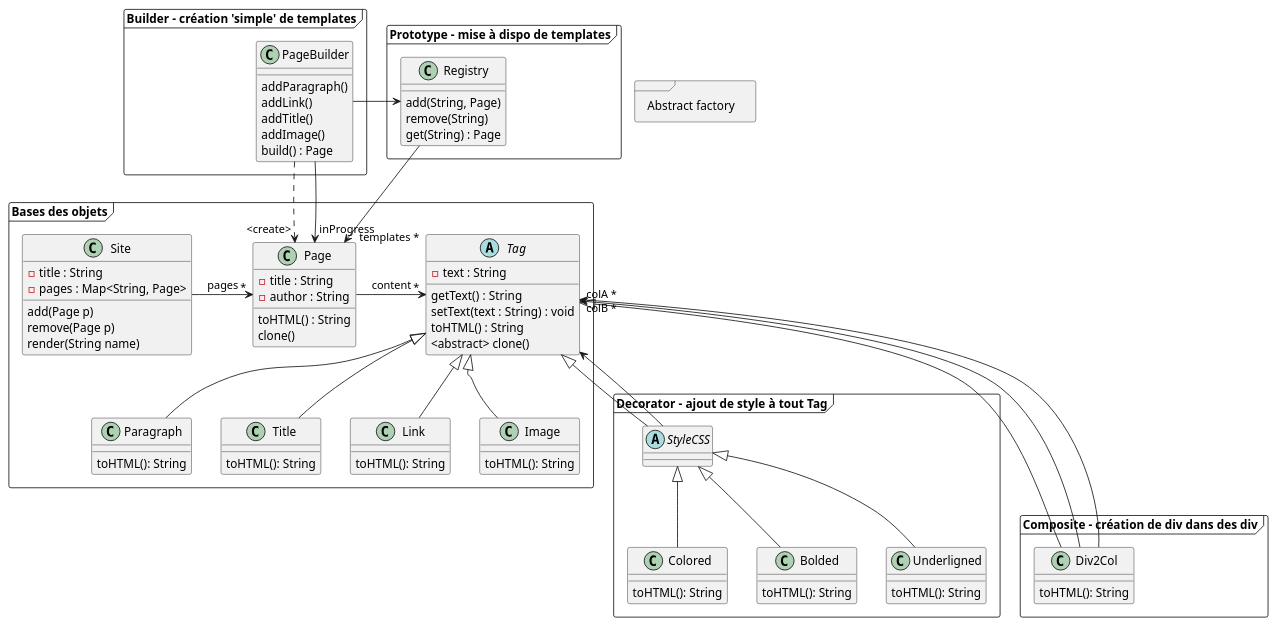
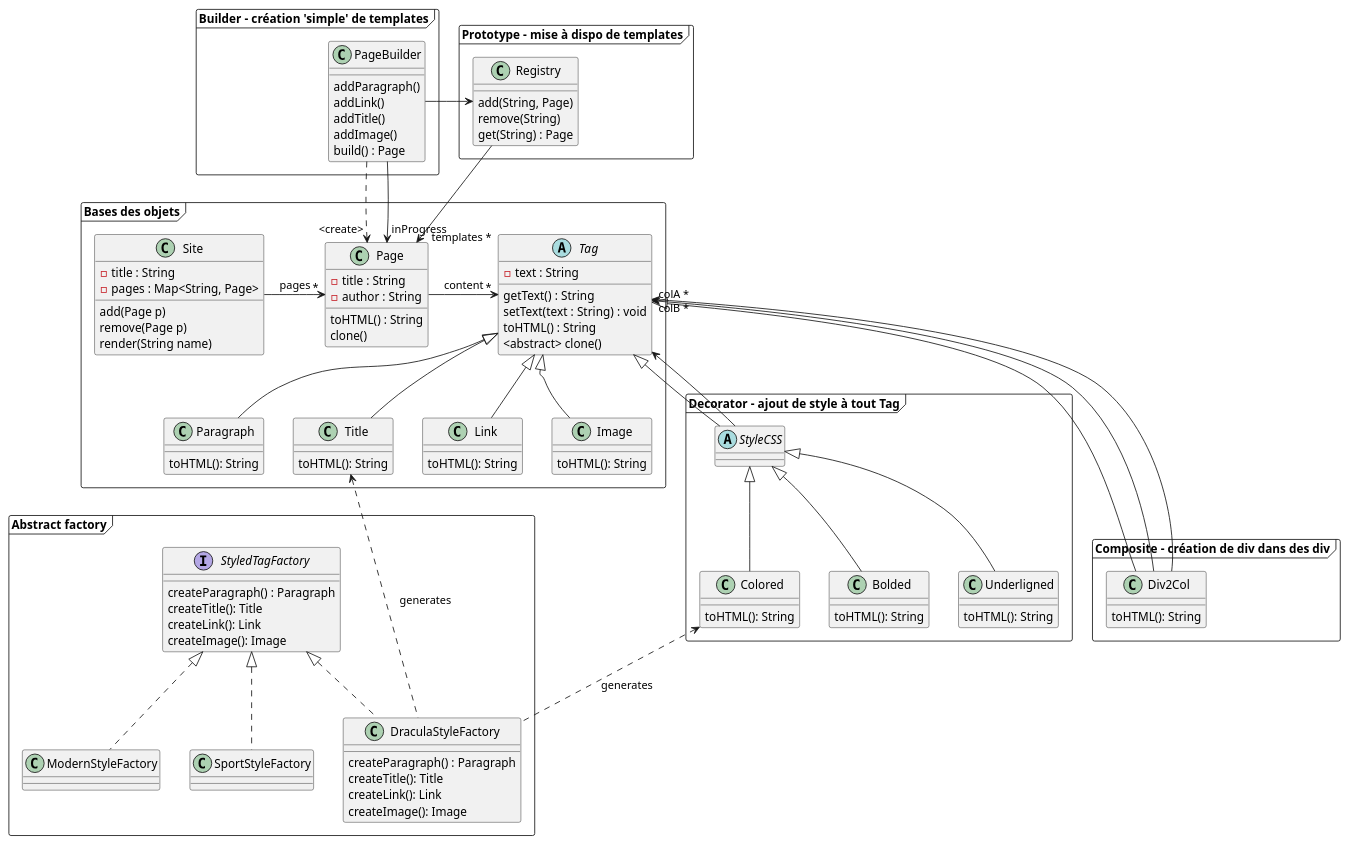
The diagram in Documentation/CMS_UML.puml (florentBourgeois/ENSISA2022_CMS), drawn with PlantUML before and after one commit.

Commit message:
add abstract factory

```diff
--- a/Documentation/CMS_UML.puml
+++ b/Documentation/CMS_UML.puml
@@ -1,106 +1,128 @@
 @startuml
 'https://plantuml.com/class-diagram
 
 
 package "Bases des objets" <<Frame>> {
 
     class Page {
         -title : String
         -author : String
         toHTML() : String
     }
 
     abstract class Tag {
         - text : String
         getText() : String
         setText(text : String) : void
         toHTML() : String
     }
 
     Tag <|-- Paragraph
     Tag <|-- Title
     Tag <|-- Link
     Tag <|-- Image
 
     Page -> "*" Tag : content
     Site -> "*" Page : pages
 
     class Site {
         -title : String
         -pages : Map<String, Page>
         add(Page p)
         remove(Page p)
         render(String name)
     }
 
     Image : toHTML(): String
     Link : toHTML(): String
     Title : toHTML(): String
     Paragraph : toHTML(): String
 
 }
 
 package "Composite - création de div dans des div" <<Frame>> {
 
     class Div2Col {
 
     }
 
     Tag <|--- Div2Col
     Tag "colA *" <-- Div2Col
     Tag "colB *" <-- Div2Col
 
     Div2Col : toHTML(): String
 
 }
 
 package "Decorator - ajout de style à tout Tag" <<Frame>> {
 
     abstract class StyleCSS
     Tag <|-- StyleCSS
     Tag <-- StyleCSS
 
     StyleCSS <|-- Colored
     StyleCSS <|-- Bolded
     StyleCSS <|-- Underligned
 
     Underligned : toHTML(): String
     Bolded : toHTML(): String
     Colored : toHTML(): String
 
 }
 
 
 package "Prototype - mise à dispo de templates" <<Frame>> {
     Page : clone()
 
     Registry --> "templates *" Page
     class Registry {
         add(String, Page)
         remove(String)
         get(String) : Page
     }
 
     Tag : <abstract> clone()
 }
 
 package "Builder - création 'simple' de templates" <<Frame>> {
       class PageBuilder {
         addParagraph()
         addLink()
         addTitle()
         addImage()
         build() : Page
       }
 
       PageBuilder ..> "<create>" Page
       PageBuilder -> Registry
       PageBuilder -> "inProgress" Page
 }
 
 
 package "Abstract factory" <<Frame>> {
 
+    interface StyledTagFactory {
+        createParagraph() : Paragraph
+        createTitle(): Title
+        createLink(): Link
+        createImage(): Image
+    }
+
+    StyledTagFactory <|.. DraculaStyleFactory
+    StyledTagFactory <|.. ModernStyleFactory
+    StyledTagFactory <|.. SportStyleFactory
+
+    class DraculaStyleFactory {
+    createParagraph() : Paragraph
+            createTitle(): Title
+            createLink(): Link
+            createImage(): Image
+    }
+
+
+     Colored <.. DraculaStyleFactory : "generates"
+     Title <.. DraculaStyleFactory : "generates"
+
 }
 
 @enduml
```
